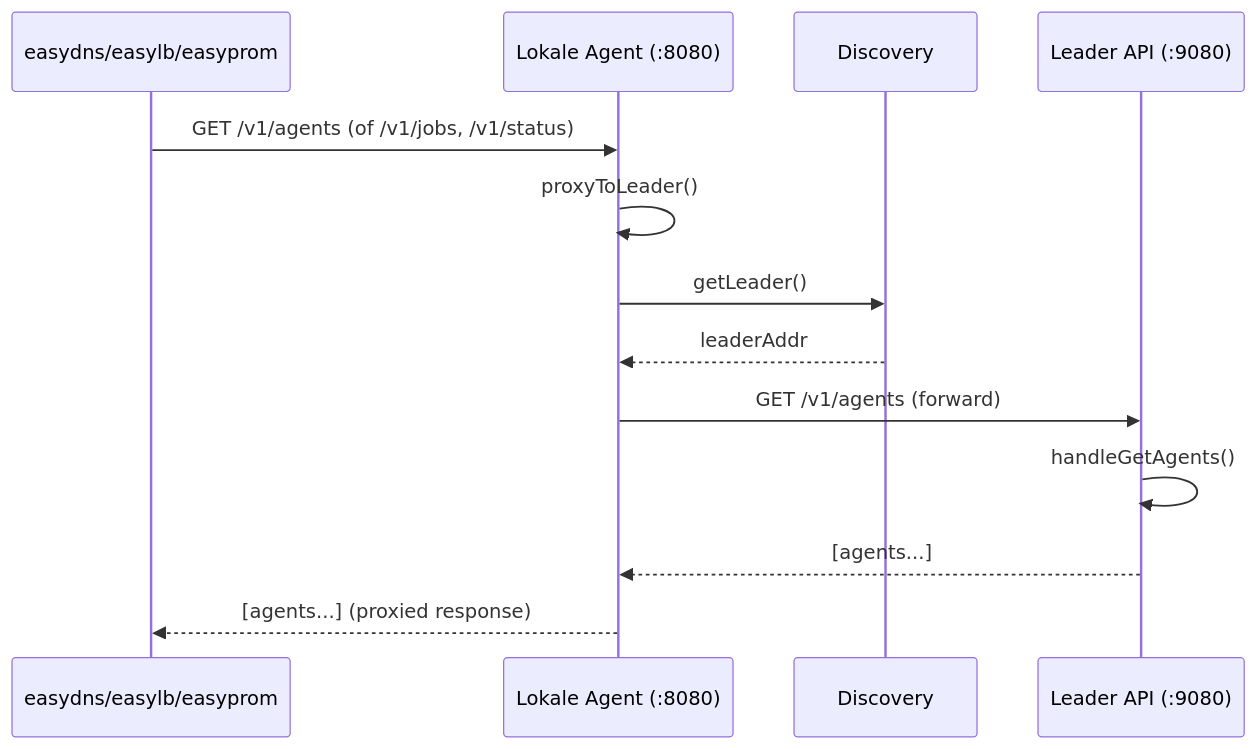
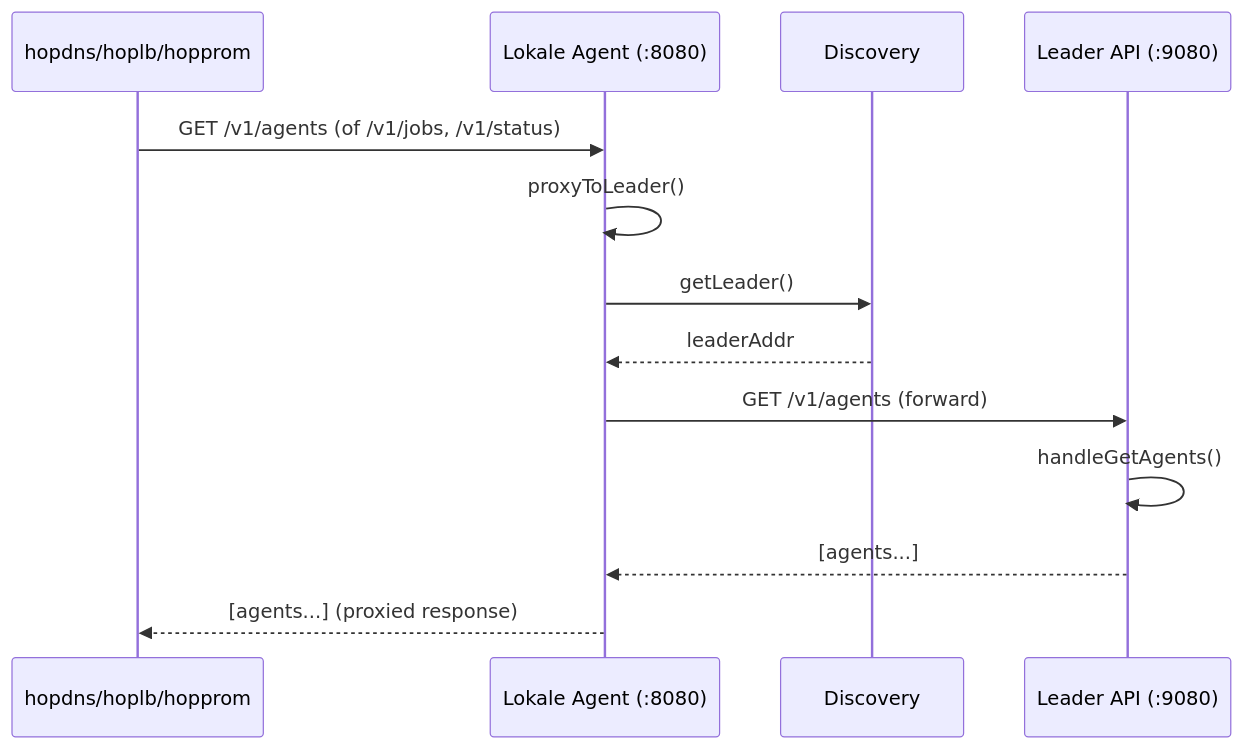
Before and after one commit to xinix00/easyrun: diagram 13 of 14 in SEQUENCES.md, drawn with Mermaid. The commit also changed other lines of this file and 85 other files, not shown here.

````diff
--- a/SEQUENCES.md
+++ b/SEQUENCES.md
@@ -616,18 +616,18 @@
 ```mermaid
 sequenceDiagram
-    participant S as easydns/easylb/easyprom
+    participant S as hopdns/hoplb/hopprom
     participant AG as Lokale Agent (:8080)
     participant D as Discovery
     participant API as Leader API (:9080)
 
     S->>AG: GET /v1/agents (of /v1/jobs, /v1/status)
     AG->>AG: proxyToLeader()
     AG->>D: getLeader()
     D-->>AG: leaderAddr
 
     AG->>API: GET /v1/agents (forward)
     API->>API: handleGetAgents()
     API-->>AG: [agents...]
 
     AG-->>S: [agents...] (proxied response)
 ```
````
